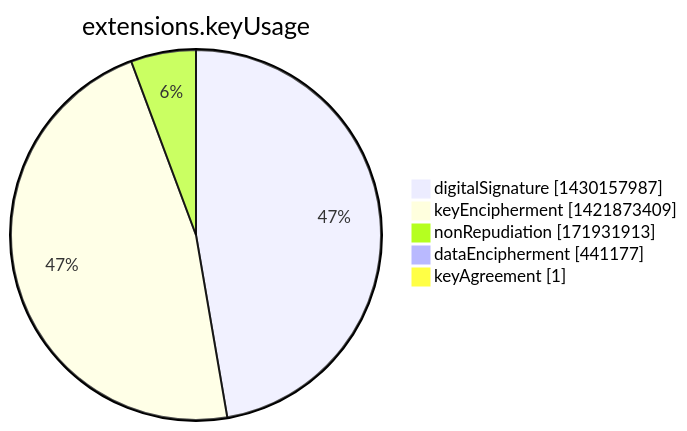
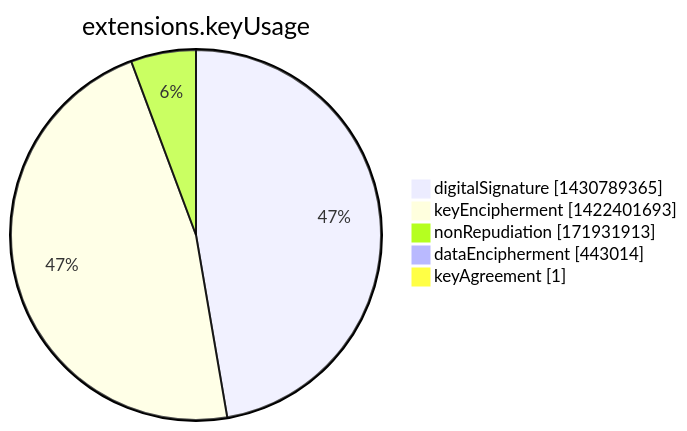
The seventh of 15 diagrams in argon2022/README.md (christiankrug/ctmonitor_visualization), drawn with Mermaid before and after one commit. The commit also changed other lines of this file, not shown here.

````diff
--- a/argon2022/README.md
+++ b/argon2022/README.md
@@ -2751,9 +2751,9 @@
 ```mermaid
 pie showData
 title extensions.keyUsage
-"digitalSignature" :1430157987
-"keyEncipherment" :1421873409
+"digitalSignature" :1430789365
+"keyEncipherment" :1422401693
 "nonRepudiation" :171931913
-"dataEncipherment" :441177
+"dataEncipherment" :443014
 "keyAgreement" :1
 ```
````
